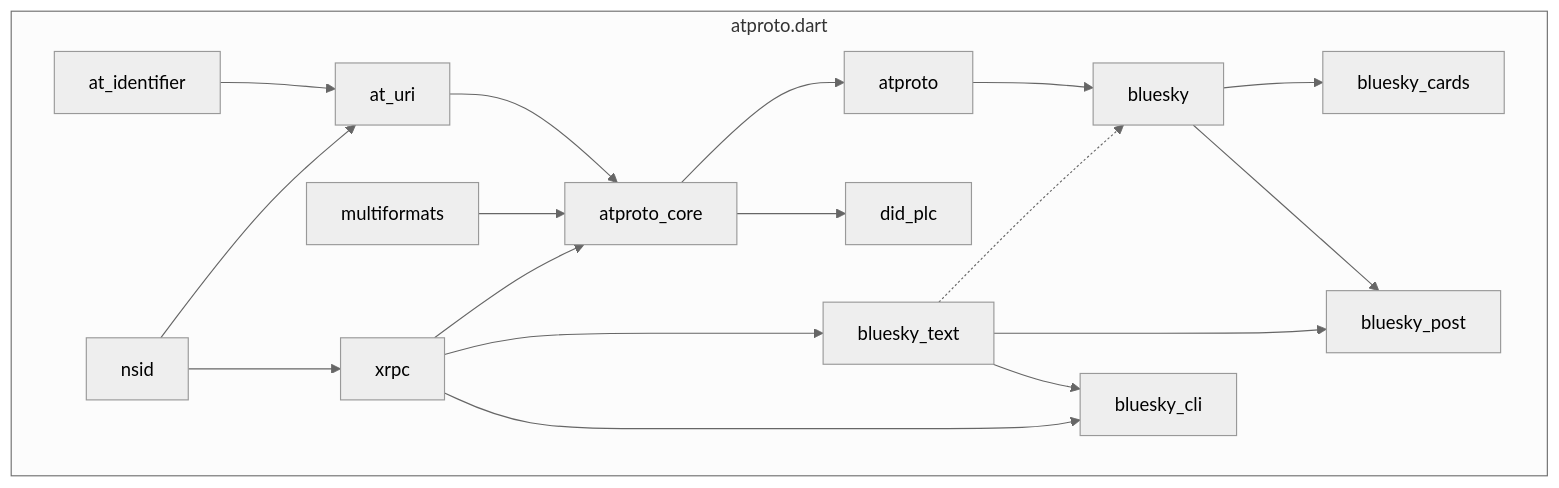
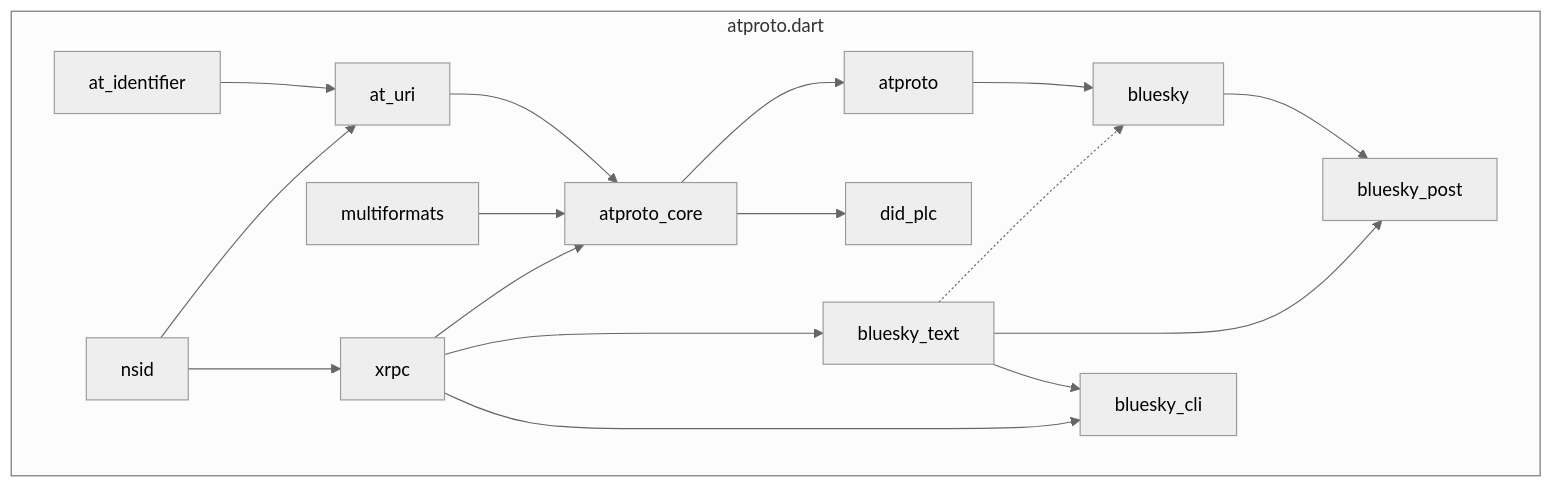
Before and after one commit to myConsciousness/atproto.dart: the diagram in website/docs/packages/overview.md, drawn with Mermaid (neutral theme). The commit also changed other lines of this file and 157 other files, not shown here.

````diff
--- a/website/docs/packages/overview.md
+++ b/website/docs/packages/overview.md
@@ -59,28 +51,26 @@
 ```mermaid
 flowchart TD
     subgraph atproto.dart
     at_identifier --> at_uri;
     nsid --> at_uri;
     multiformats --> atproto_core;
 
     nsid --> xrpc;
     at_uri --> atproto_core;
     xrpc --> atproto_core;
 
     atproto_core --> atproto;
     atproto_core --> did_plc;
     atproto --> bluesky;
 
-    bluesky --> bluesky_cards
-
     bluesky --> bluesky_post
 
     xrpc --> bluesky_text
 
     xrpc --> bluesky_cli
 
     bluesky_text -.-> bluesky
     bluesky_text --> bluesky_post
     bluesky_text --> bluesky_cli
     end
 ```
````
